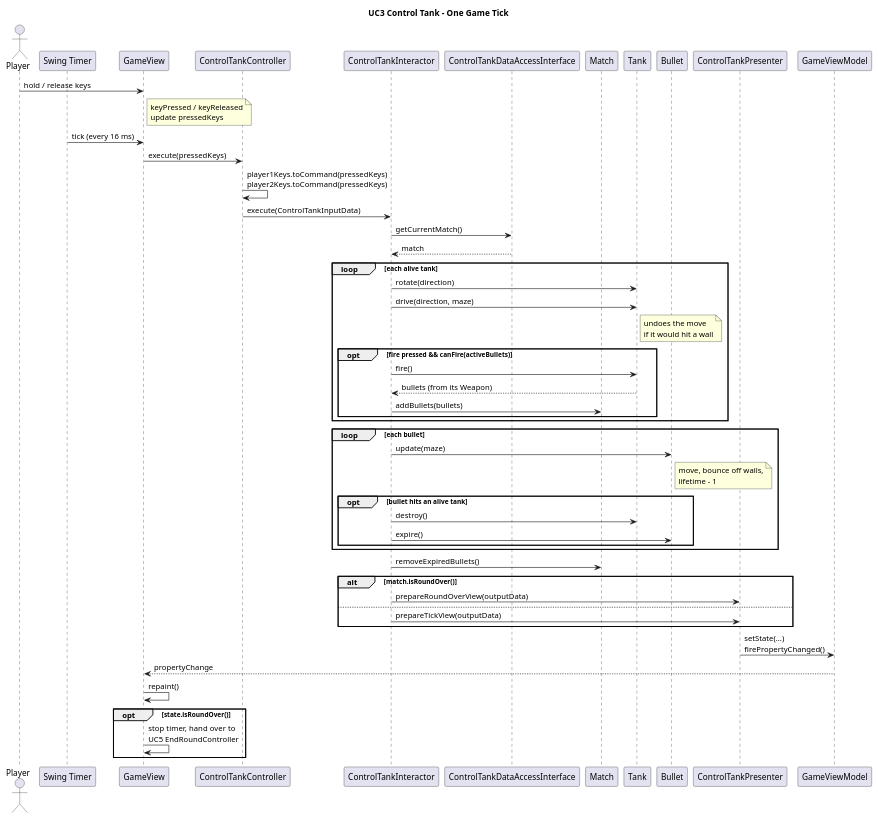
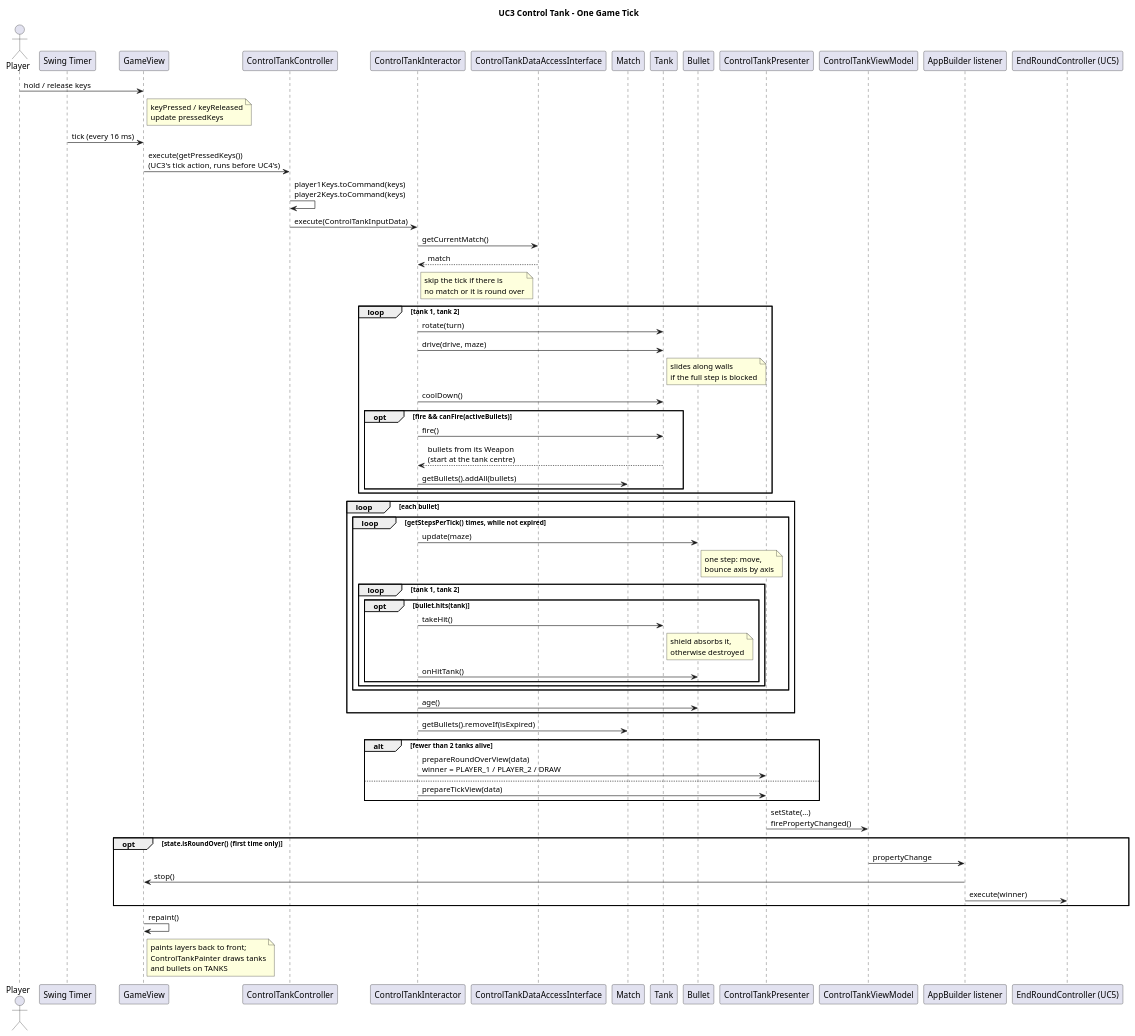
One commit to SIMBAT6/csc207-tank-game changed the diagram in docs/diagrams/uc3-control-tank-sequence.puml. Above: the diagram before and after it, drawn with PlantUML. The commit also changed 3 other files, not shown here.

Commit message:
Update UC3 design to match the merged entities, game view framework and UC5 handoff

```diff
--- a/docs/diagrams/uc3-control-tank-sequence.puml
+++ b/docs/diagrams/uc3-control-tank-sequence.puml
@@ -1,61 +1,73 @@
 @startuml uc3-control-tank-sequence
 title UC3 Control Tank - One Game Tick
 
 actor Player
 participant "Swing Timer" as Timer
 participant GameView
 participant ControlTankController as Controller
 participant ControlTankInteractor as Interactor
 participant "ControlTankDataAccessInterface" as DAO
 participant Match
 participant Tank
 participant Bullet
 participant ControlTankPresenter as Presenter
-participant GameViewModel
+participant ControlTankViewModel as ViewModel
+participant "AppBuilder listener" as Wiring
+participant "EndRoundController (UC5)" as EndRound
 
 Player -> GameView : hold / release keys
 note right of GameView : keyPressed / keyReleased\nupdate pressedKeys
 
 Timer -> GameView : tick (every 16 ms)
-GameView -> Controller : execute(pressedKeys)
-Controller -> Controller : player1Keys.toCommand(pressedKeys)\nplayer2Keys.toCommand(pressedKeys)
+GameView -> Controller : execute(getPressedKeys())\n(UC3's tick action, runs before UC4's)
+Controller -> Controller : player1Keys.toCommand(keys)\nplayer2Keys.toCommand(keys)
 Controller -> Interactor : execute(ControlTankInputData)
 Interactor -> DAO : getCurrentMatch()
 DAO --> Interactor : match
+note right of Interactor : skip the tick if there is\nno match or it is round over
 
-loop each alive tank
-  Interactor -> Tank : rotate(direction)
-  Interactor -> Tank : drive(direction, maze)
-  note right of Tank : undoes the move\nif it would hit a wall
-  opt fire pressed && canFire(activeBullets)
+loop tank 1, tank 2
+  Interactor -> Tank : rotate(turn)
+  Interactor -> Tank : drive(drive, maze)
+  note right of Tank : slides along walls\nif the full step is blocked
+  Interactor -> Tank : coolDown()
+  opt fire && canFire(activeBullets)
     Interactor -> Tank : fire()
-    Tank --> Interactor : bullets (from its Weapon)
-    Interactor -> Match : addBullets(bullets)
+    Tank --> Interactor : bullets from its Weapon\n(start at the tank centre)
+    Interactor -> Match : getBullets().addAll(bullets)
   end
 end
 
 loop each bullet
-  Interactor -> Bullet : update(maze)
-  note right of Bullet : move, bounce off walls,\nlifetime - 1
-  opt bullet hits an alive tank
-    Interactor -> Tank : destroy()
-    Interactor -> Bullet : expire()
+  loop getStepsPerTick() times, while not expired
+    Interactor -> Bullet : update(maze)
+    note right of Bullet : one step: move,\nbounce axis by axis
+    loop tank 1, tank 2
+      opt bullet.hits(tank)
+        Interactor -> Tank : takeHit()
+        note right of Tank : shield absorbs it,\notherwise destroyed
+        Interactor -> Bullet : onHitTank()
+      end
+    end
   end
+  Interactor -> Bullet : age()
 end
-Interactor -> Match : removeExpiredBullets()
+Interactor -> Match : getBullets().removeIf(isExpired)
 
-alt match.isRoundOver()
-  Interactor -> Presenter : prepareRoundOverView(outputData)
+alt fewer than 2 tanks alive
+  Interactor -> Presenter : prepareRoundOverView(data)\nwinner = PLAYER_1 / PLAYER_2 / DRAW
 else
-  Interactor -> Presenter : prepareTickView(outputData)
+  Interactor -> Presenter : prepareTickView(data)
+end
+Presenter -> ViewModel : setState(...)\nfirePropertyChanged()
+
+opt state.isRoundOver() (first time only)
+  ViewModel -> Wiring : propertyChange
+  Wiring -> GameView : stop()
+  Wiring -> EndRound : execute(winner)
 end
 
-Presenter -> GameViewModel : setState(...)\nfirePropertyChanged()
-GameViewModel --> GameView : propertyChange
 GameView -> GameView : repaint()
-
-opt state.isRoundOver()
-  GameView -> GameView : stop timer, hand over to\nUC5 EndRoundController
-end
+note right of GameView : paints layers back to front;\nControlTankPainter draws tanks\nand bullets on TANKS
 
 @enduml
```
